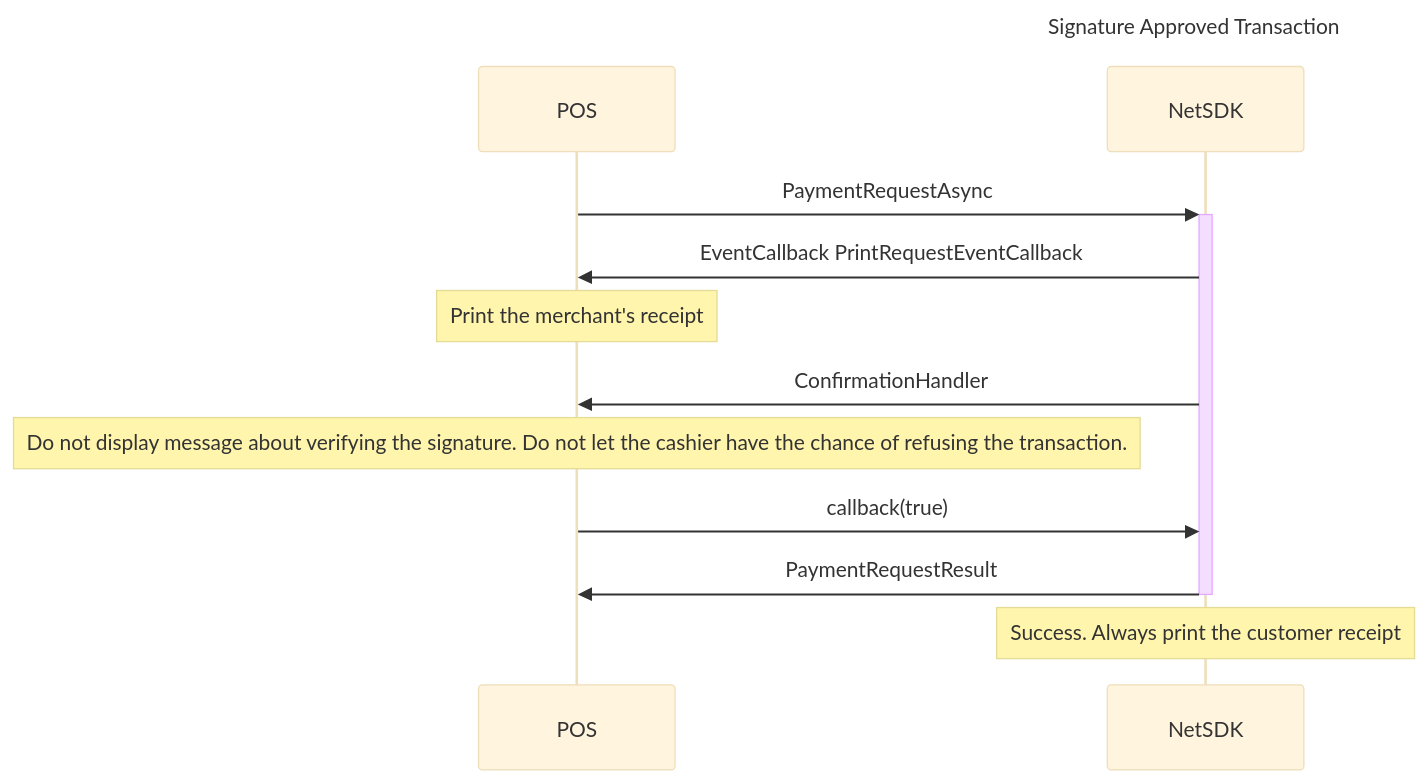
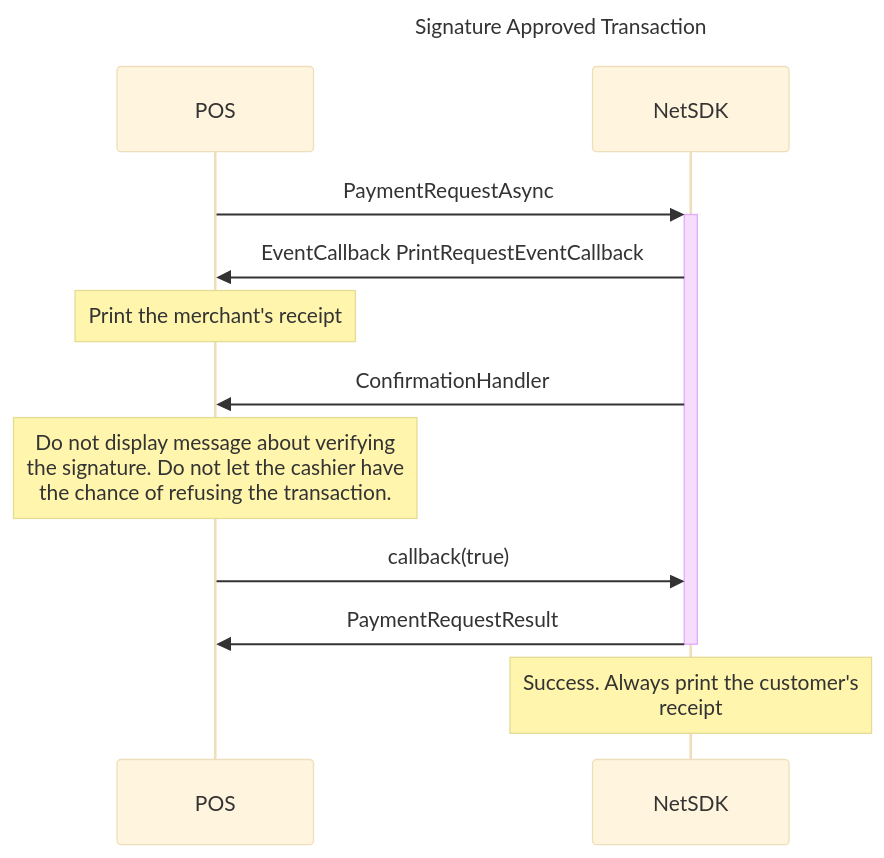
The diagram in pax-terminal/NET/tutorial/cvm-signature.md (SwedbankPay/developer.swedbankpay.com), drawn with Mermaid (base theme) before and after one commit. The commit also changed other lines of this file and 2 other files, not shown here.

Commit message:
DEVELOP-POS: editorial corrections

````diff
--- a/pax-terminal/NET/tutorial/cvm-signature.md
+++ b/pax-terminal/NET/tutorial/cvm-signature.md
@@ -17,15 +17,15 @@
 ```mermaid
 sequenceDiagram
 title: Signature Approved Transaction
 participant POS
 participant NetSDK
 
 POS->>+NetSDK: PaymentRequestAsync
 NetSDK->>POS: EventCallback PrintRequestEventCallback
 Note over POS: Print the merchant's receipt
 NetSDK->>POS: ConfirmationHandler
-Note over POS: Do not display message about verifying the signature. Do not let the cashier have the chance of refusing the transaction.
+Note over POS: Do not display message about verifying<br>the signature. Do not let the cashier have<br>the chance of refusing the transaction.
 POS->>NetSDK: callback(true)
 NetSDK->>-POS: PaymentRequestResult
-Note over NetSDK: Success. Always print the customer receipt
+Note over NetSDK: Success. Always print the customer's<br>receipt
 ```
````
